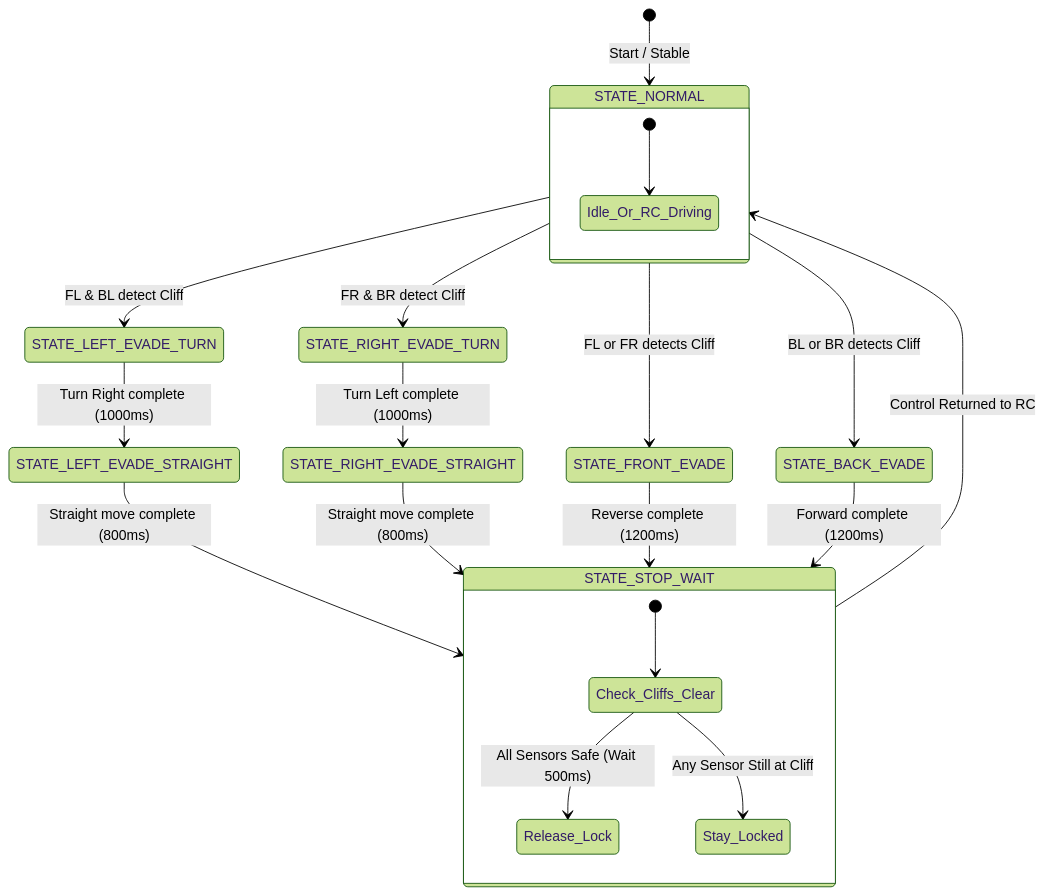
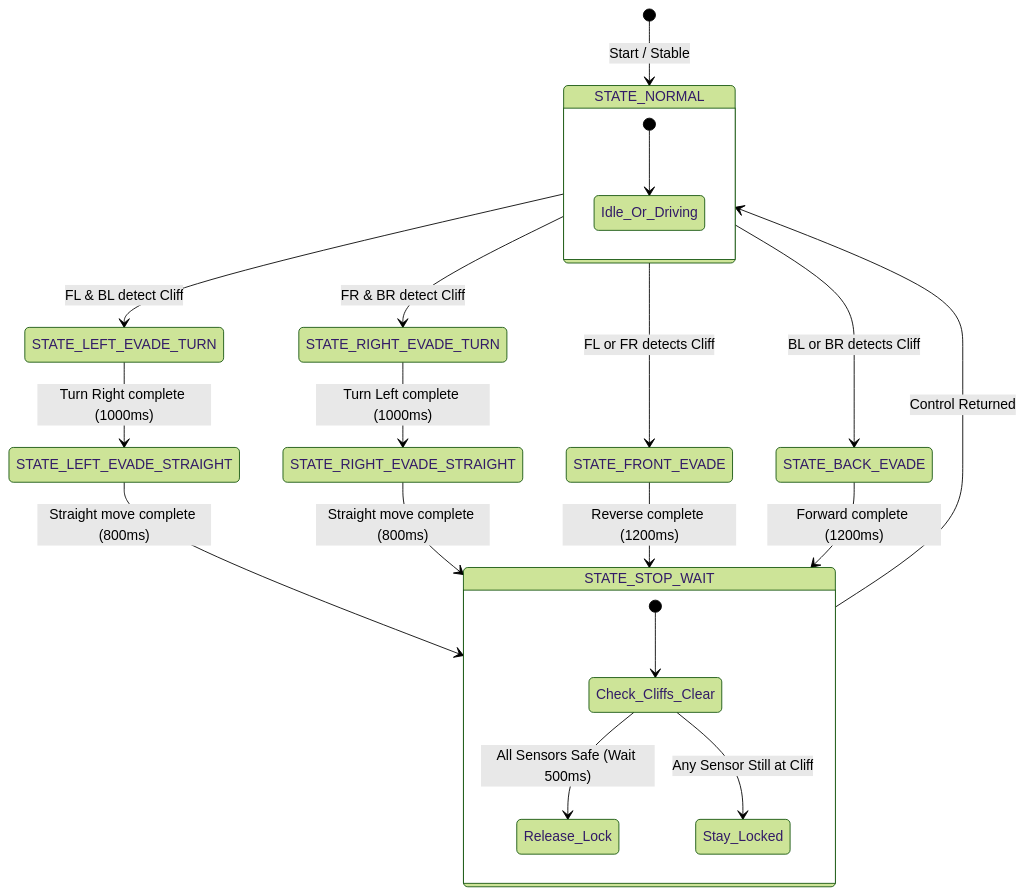
One commit to shamsulhakimee/IntegratedDesignProject-IDP- changed the first of 2 diagrams in walkthrough.md. Above: the diagram before and after it, drawn with Mermaid (forest theme). The commit also changed other lines of this file and 3 other files, not shown here.

````diff
--- a/walkthrough.md
+++ b/walkthrough.md
@@ -28,30 +21,30 @@
 ```mermaid
 stateDiagram-v2
     [*] --> STATE_NORMAL : Start / Stable
     
     state STATE_NORMAL {
-        [*] --> Idle_Or_RC_Driving
+        [*] --> Idle_Or_Driving
     }
 
     STATE_NORMAL --> STATE_LEFT_EVADE_TURN : FL & BL detect Cliff
     STATE_NORMAL --> STATE_RIGHT_EVADE_TURN : FR & BR detect Cliff
     STATE_NORMAL --> STATE_FRONT_EVADE : FL or FR detects Cliff
     STATE_NORMAL --> STATE_BACK_EVADE : BL or BR detects Cliff
 
     STATE_LEFT_EVADE_TURN --> STATE_LEFT_EVADE_STRAIGHT : Turn Right complete (1000ms)
     STATE_LEFT_EVADE_STRAIGHT --> STATE_STOP_WAIT : Straight move complete (800ms)
 
     STATE_RIGHT_EVADE_TURN --> STATE_RIGHT_EVADE_STRAIGHT : Turn Left complete (1000ms)
     STATE_RIGHT_EVADE_STRAIGHT --> STATE_STOP_WAIT : Straight move complete (800ms)
 
     STATE_FRONT_EVADE --> STATE_STOP_WAIT : Reverse complete (1200ms)
     STATE_BACK_EVADE --> STATE_STOP_WAIT : Forward complete (1200ms)
 
     state STATE_STOP_WAIT {
         [*] --> Check_Cliffs_Clear
         Check_Cliffs_Clear --> Release_Lock : All Sensors Safe (Wait 500ms)
         Check_Cliffs_Clear --> Stay_Locked : Any Sensor Still at Cliff
     }
 
-    STATE_STOP_WAIT --> STATE_NORMAL : Control Returned to RC
+    STATE_STOP_WAIT --> STATE_NORMAL : Control Returned
 ```
````
